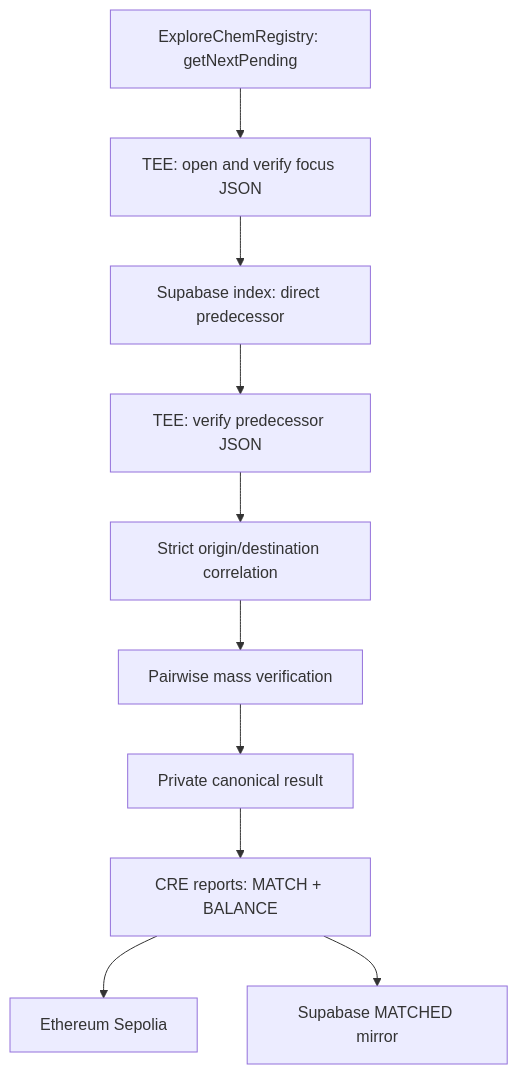
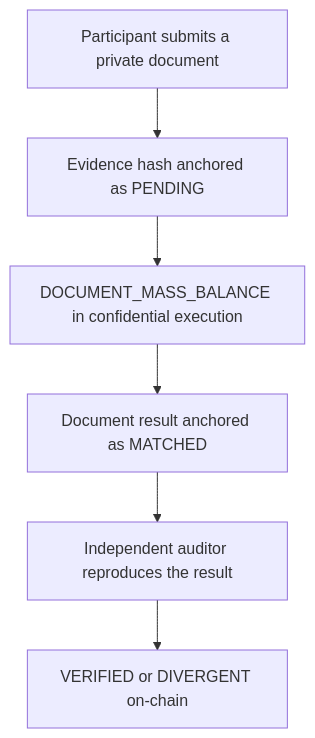
One commit to armanfm/ExplorerChem changed the first of 2 diagrams in explorerchem-workflow/README.md. Above: the diagram before and after it, drawn with Mermaid. The commit also changed other lines of this file, not shown here.

````diff
--- a/explorerchem-workflow/README.md
+++ b/explorerchem-workflow/README.md
@@ -29,12 +22,8 @@
 ```mermaid
 flowchart TD
-    A["ExploreChemRegistry: getNextPending"] --> B["TEE: open and verify focus JSON"]
-    B --> C["Supabase index: direct predecessor"]
-    C --> D["TEE: verify predecessor JSON"]
-    D --> E["Strict origin/destination correlation"]
-    E --> F["Pairwise mass verification"]
-    F --> G["Private canonical result"]
-    G --> H["CRE reports: MATCH + BALANCE"]
-    H --> I["Ethereum Sepolia"]
-    H --> J["Supabase MATCHED mirror"]
+    A["Participant submits a private document"] --> B["Evidence hash anchored as PENDING"]
+    B --> C["DOCUMENT_MASS_BALANCE in confidential execution"]
+    C --> D["Document result anchored as MATCHED"]
+    D --> E["Independent auditor reproduces the result"]
+    E --> F["VERIFIED or DIVERGENT on-chain"]
 ```
````
